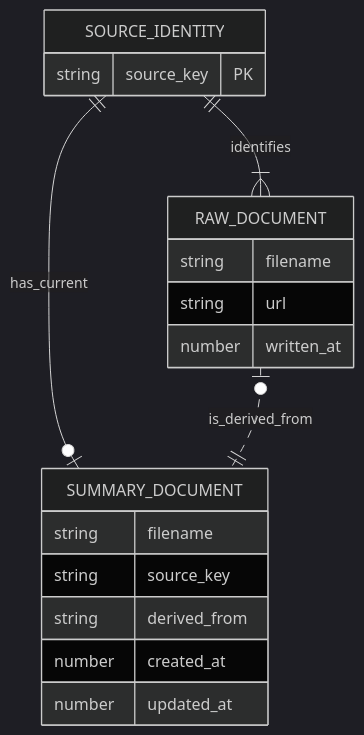
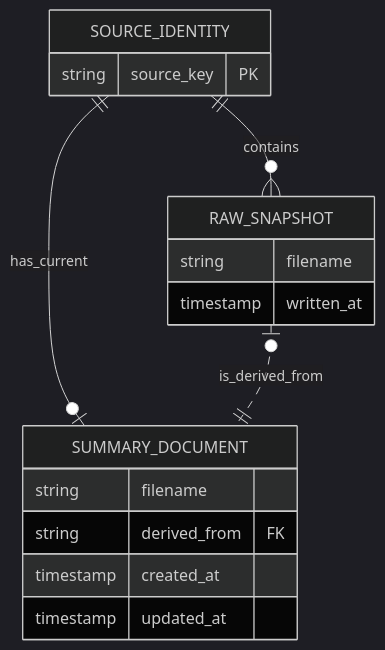
The diagram in docs/ontology.md (skillicinski/bo), drawn with Mermaid (dark theme) before and after one commit. The commit also changed other lines of this file and 12 other files, not shown here.

````diff
--- a/docs/ontology.md
+++ b/docs/ontology.md
@@ -5,22 +6,20 @@
 ```mermaid
 erDiagram
-    SOURCE_IDENTITY ||--|{ RAW_DOCUMENT : identifies
+    SOURCE_IDENTITY ||--o{ RAW_SNAPSHOT : contains
     SOURCE_IDENTITY ||--o| SUMMARY_DOCUMENT : has_current
-    RAW_DOCUMENT |o..|| SUMMARY_DOCUMENT : is_derived_from
+    RAW_SNAPSHOT |o..|| SUMMARY_DOCUMENT : is_derived_from
 
     SOURCE_IDENTITY {
         string source_key PK
     }
-    RAW_DOCUMENT {
+    RAW_SNAPSHOT {
         string filename
-        string url
-        number written_at
+        timestamp written_at
     }
     SUMMARY_DOCUMENT {
         string filename
-        string source_key
-        string derived_from
-        number created_at
-        number updated_at
+        string derived_from FK
+        timestamp created_at
+        timestamp updated_at
     }
 ```
````
